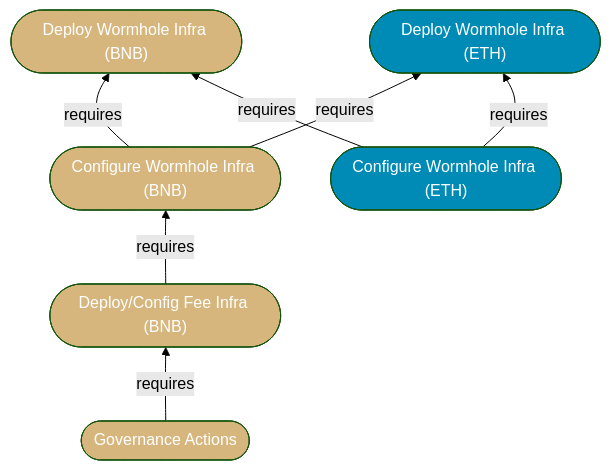
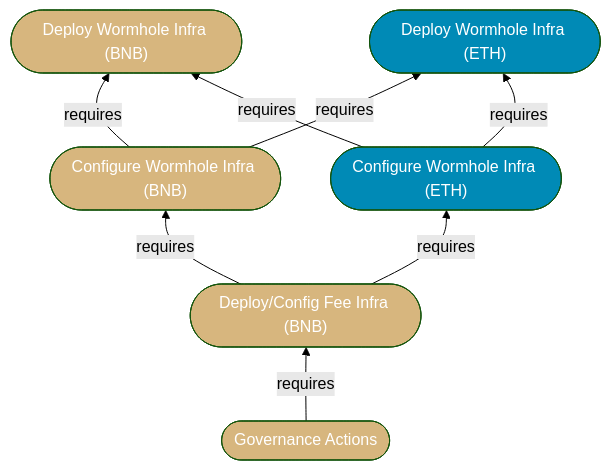
Before and after one commit to Uniswap/protocol-fees: the first of 4 diagrams in script/proposal-4/Index.md, drawn with Mermaid (forest theme). The commit also changed other lines of this file, not shown here.

````diff
--- a/script/proposal-4/Index.md
+++ b/script/proposal-4/Index.md
@@ -43,18 +64,20 @@
 ```mermaid
 flowchart BT
     DWIB(["Deploy Wormhole Infra (BNB)"]):::on_bnb
     DWIE(["Deploy Wormhole Infra (ETH)"]):::on_eth
     CWIB(["Configure Wormhole Infra (BNB)"]):::on_bnb
     CWIE(["Configure Wormhole Infra (ETH)"]):::on_eth
     DCFIB(["Deploy/Config Fee Infra (BNB)"]):::on_bnb
     GA(["Governance Actions"]):::on_bnb
 
-    GA   -->|requires| DCFIB -->|requires| CWIB
+    GA   -->|requires| DCFIB
+    DCFIB -->|requires| CWIB
+    DCFIB -->|requires| CWIE
     CWIB -->|requires| DWIB
     CWIB -->|requires| DWIE
     CWIE -->|requires| DWIB
     CWIE -->|requires| DWIE
 
     classDef on_bnb fill:#d7b67e,color:#fff
     classDef on_eth fill:#008ab6,color:#fff
 ```
````
